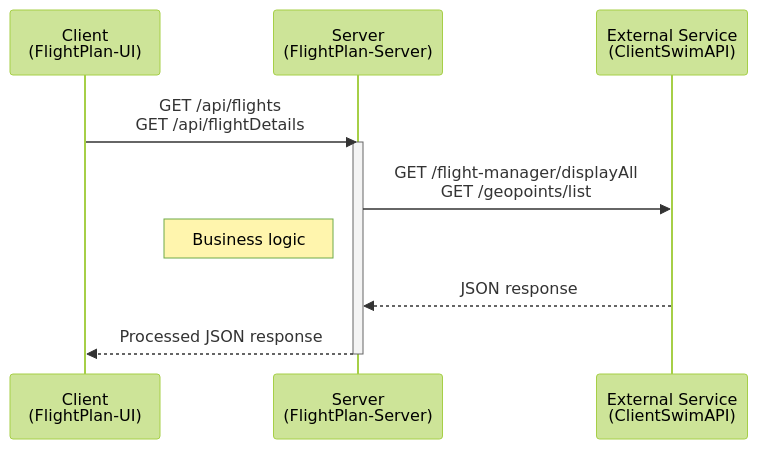
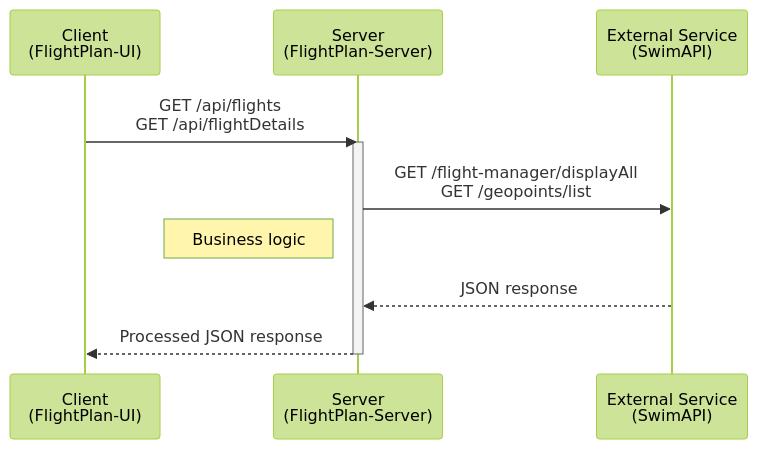
One commit to ST-tienhon/flightplan-ui changed the first of 6 diagrams in README.md. Above: the diagram before and after it, drawn with Mermaid (forest theme). The commit also changed other lines of this file, not shown here.

````diff
--- a/README.md
+++ b/README.md
@@ -37,13 +37,13 @@
 ```mermaid
 sequenceDiagram
     participant A as Client <br/> (FlightPlan-UI)
     participant B as Server <br/> (FlightPlan-Server)
-    participant C as External Service <br/> (ClientSwimAPI)
+    participant C as External Service <br/> (SwimAPI)
     A->>B: GET /api/flights <br/> GET /api/flightDetails
     activate B
     B->>C: GET /flight-manager/displayAll <br/> GET /geopoints/list
     note left of B: Business logic
     C-->>B: JSON response
     B-->>A: Processed JSON response
     deactivate B
 ```
````
